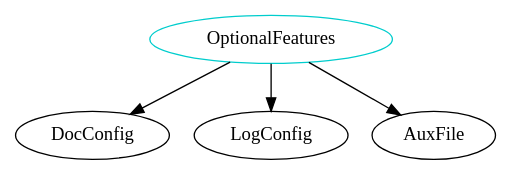
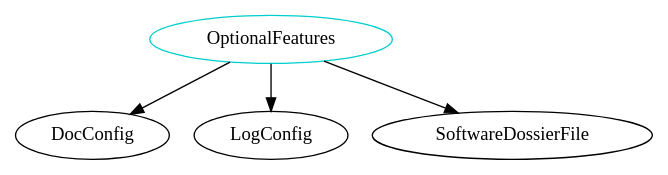
One commit to JacquesCarette/Drasil changed the diagram in analysis/TypeDependencyGraphs/code/OptionalFeatures.dot. Above: the diagram before and after it, drawn with Graphviz. The commit also changed 799 other files, not shown here.

```diff
--- a/analysis/TypeDependencyGraphs/code/OptionalFeatures.dot
+++ b/analysis/TypeDependencyGraphs/code/OptionalFeatures.dot
@@ -1,6 +1,6 @@
 digraph optionalfeatures{
 OptionalFeatures	[shape=oval, color=cyan3, label="OptionalFeatures"];
 OptionalFeatures -> DocConfig;
 OptionalFeatures -> LogConfig;
-OptionalFeatures -> AuxFile;
+OptionalFeatures -> SoftwareDossierFile;
 }
```
